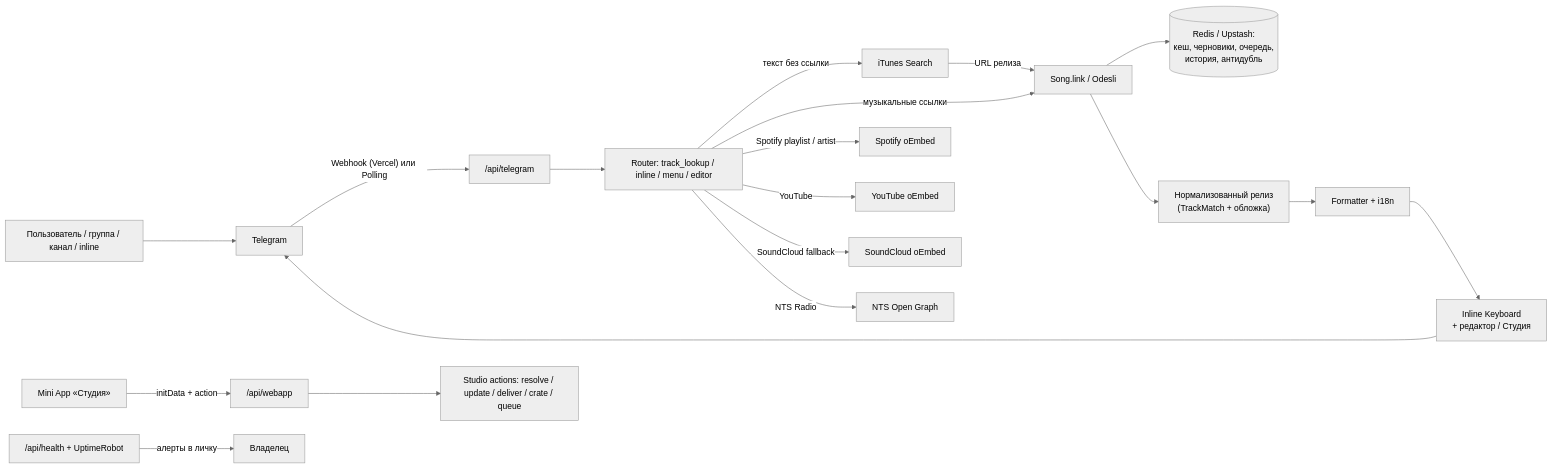
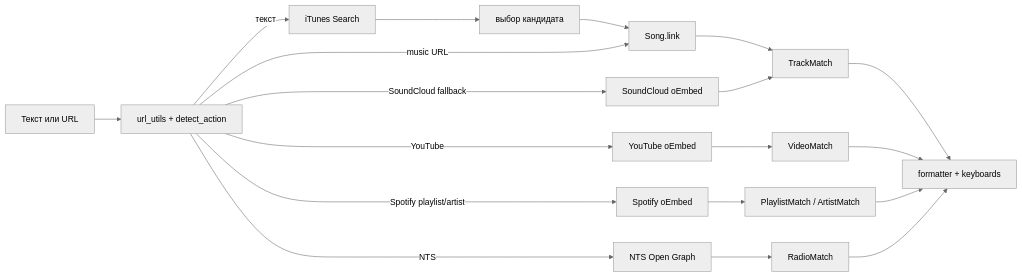
The third of 4 diagrams in ARCHITECTURE.ru.md (StonerHand/stonerhand-soundlinks-bot), drawn with Mermaid (neutral theme) before and after one commit. The commit also changed other lines of this file and 4 other files, not shown here.

Commit message:
Rewrite documentation and architecture

````diff
--- a/ARCHITECTURE.ru.md
+++ b/ARCHITECTURE.ru.md
@@ -7,21 +164,21 @@
 ```mermaid
 flowchart LR
-    U["Пользователь / группа / канал / inline"] --> T["Telegram"]
-    MA["Mini App «Студия»"] -->|"initData + action"| WA["/api/webapp"]
-    T -->|"Webhook (Vercel) или Polling"| H["/api/telegram"]
-    H --> R["Router: track_lookup / inline / menu / editor"]
-    WA --> R2["Studio actions: resolve / update / deliver / crate / queue"]
-    R -->|"текст без ссылки"| SRCH["iTunes Search"]
-    SRCH -->|"URL релиза"| S
-    R -->|"музыкальные ссылки"| S["Song.link / Odesli"]
-    R -->|"Spotify playlist / artist"| O1["Spotify oEmbed"]
-    R -->|"YouTube"| O2["YouTube oEmbed"]
-    R -->|"SoundCloud fallback"| O3["SoundCloud oEmbed"]
-    R -->|"NTS Radio"| O4["NTS Open Graph"]
-    S --> KV[("Redis / Upstash:\nкеш, черновики, очередь,\nистория, антидубль")]
-    S --> N["Нормализованный релиз\n(TrackMatch + обложка)"]
-    N --> F["Formatter + i18n"]
-    F --> K["Inline Keyboard\n+ редактор / Студия"]
-    K --> T
-    HL["/api/health + UptimeRobot"] -->|"алерты в личку"| ADM["Владелец"]
+    INPUT["Текст или URL"] --> CLASSIFY["url_utils + detect_action"]
+    CLASSIFY -->|"текст"| SEARCH["iTunes Search"]
+    SEARCH --> PICK["выбор кандидата"]
+    PICK --> SONG
+    CLASSIFY -->|"music URL"| SONG["Song.link"]
+    CLASSIFY -->|"YouTube"| YT["YouTube oEmbed"]
+    CLASSIFY -->|"SoundCloud fallback"| SC["SoundCloud oEmbed"]
+    CLASSIFY -->|"Spotify playlist/artist"| SP["Spotify oEmbed"]
+    CLASSIFY -->|"NTS"| NTS["NTS Open Graph"]
+    SONG --> MODEL["TrackMatch"]
+    YT --> MODEL2["VideoMatch"]
+    SC --> MODEL
+    SP --> MODEL3["PlaylistMatch / ArtistMatch"]
+    NTS --> MODEL4["RadioMatch"]
+    MODEL --> VIEW["formatter + keyboards"]
+    MODEL2 --> VIEW
+    MODEL3 --> VIEW
+    MODEL4 --> VIEW
 ```
````
